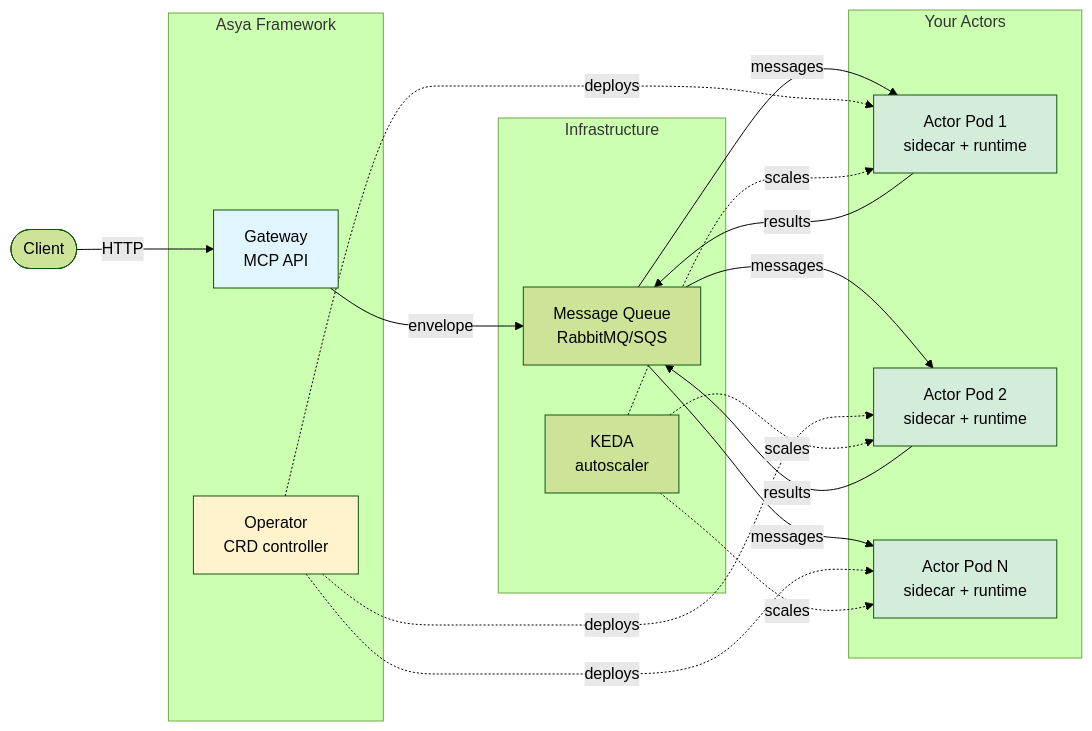
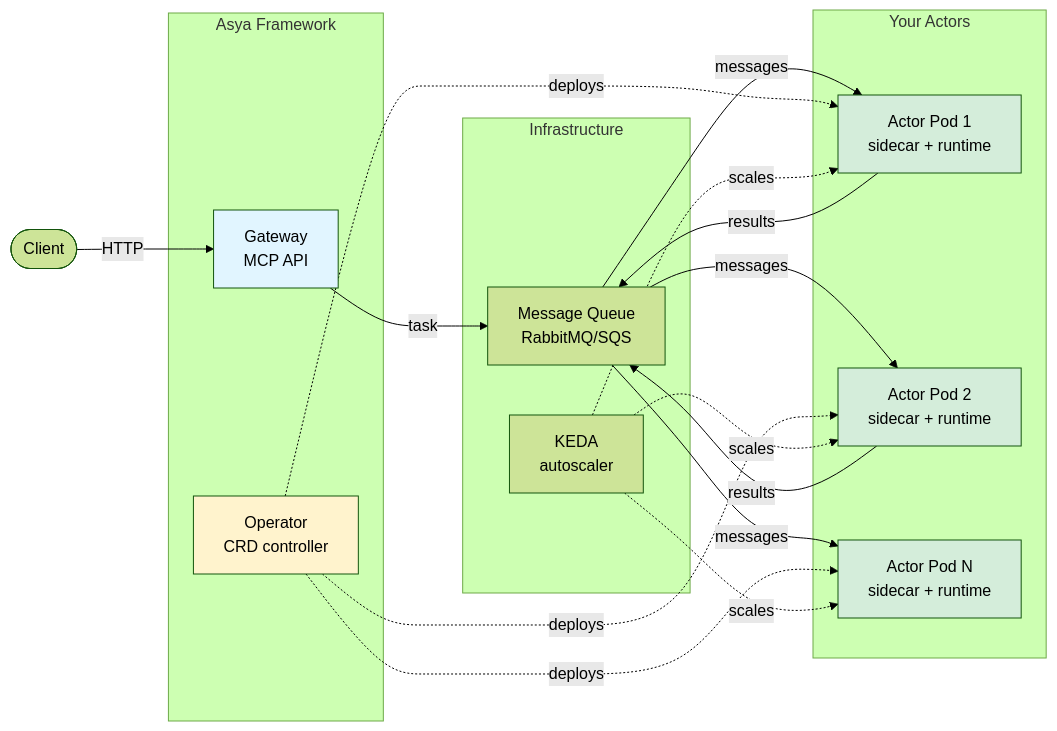
One commit to deliveryhero/asya changed the diagram in docs/architecture/README.md. Above: the diagram before and after it, drawn with Mermaid (forest theme). The commit also changed other lines of this file and 34 other files, not shown here.

````diff
--- a/docs/architecture/README.md
+++ b/docs/architecture/README.md
@@ -7,41 +7,41 @@
 ```mermaid
 graph LR
     Client([Client])
 
     subgraph "Asya Framework"
         Gateway[Gateway<br/>MCP API]
         Operator[Operator<br/>CRD controller]
     end
 
     subgraph "Your Actors"
         A1[Actor Pod 1<br/>sidecar + runtime]
         A2[Actor Pod 2<br/>sidecar + runtime]
         A3[Actor Pod N<br/>sidecar + runtime]
     end
 
     subgraph "Infrastructure"
         MQ[Message Queue<br/>RabbitMQ/SQS]
         KEDA[KEDA<br/>autoscaler]
     end
 
     Client -->|HTTP| Gateway
-    Gateway -->|envelope| MQ
+    Gateway -->|task| MQ
     MQ -->|messages| A1
     A1 -->|results| MQ
     MQ -->|messages| A2
     A2 -->|results| MQ
     MQ -->|messages| A3
 
     Operator -.->|deploys| A1
     Operator -.->|deploys| A2
     Operator -.->|deploys| A3
     KEDA -.->|scales| A1
     KEDA -.->|scales| A2
     KEDA -.->|scales| A3
 
     style Gateway fill:#e1f5ff
     style Operator fill:#fff3cd
     style A1 fill:#d4edda
     style A2 fill:#d4edda
     style A3 fill:#d4edda
 ```
````
